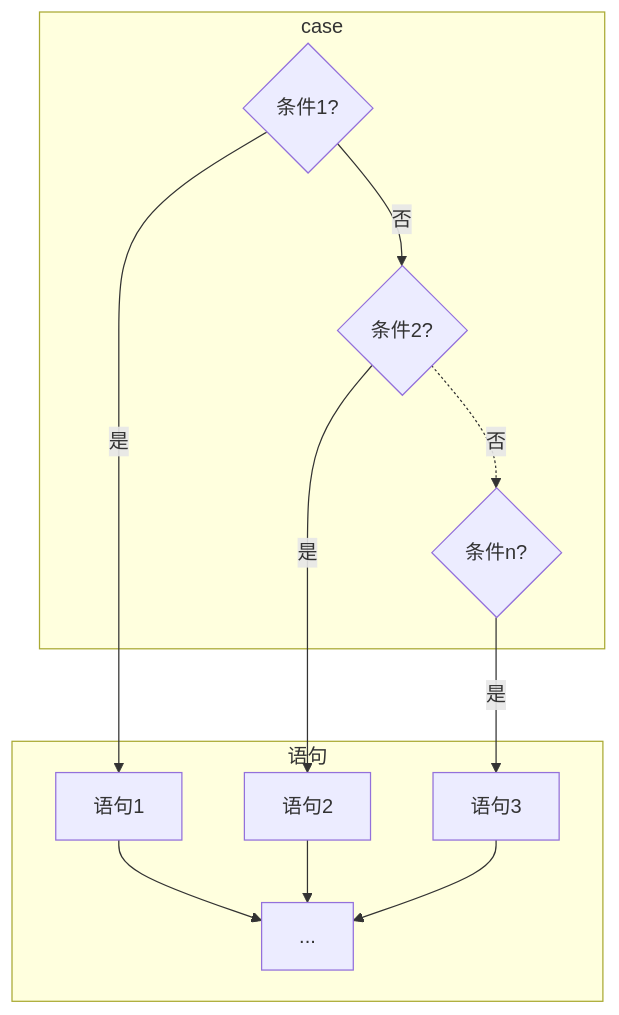
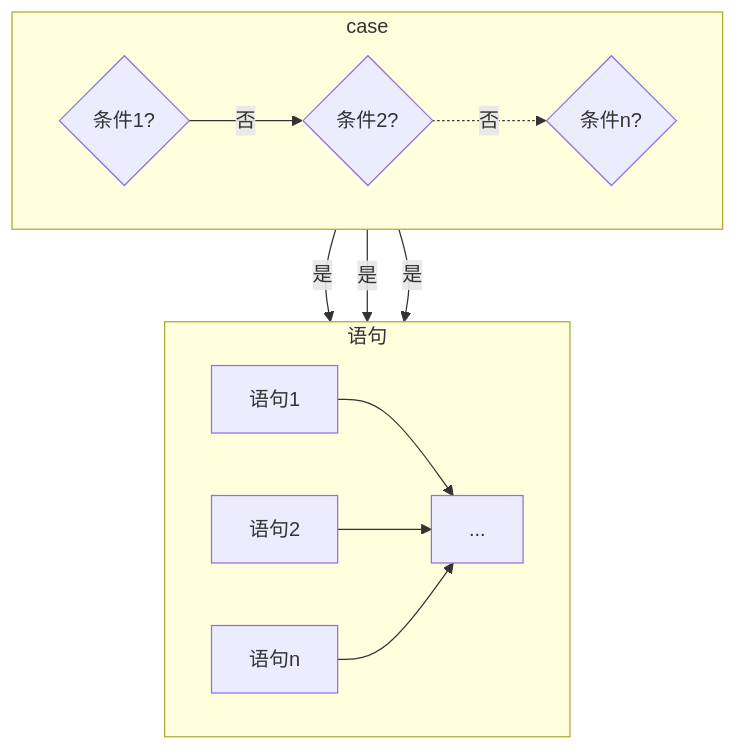
One commit to wholon/wholon.github.io changed the third of 3 diagrams in article/cs/lang/JavaScript/_posts/2022-04-11-JavaScript条件语句.md. Above: the diagram before and after it, drawn with Mermaid.

Commit message:
更新文章

````diff
--- a/article/cs/lang/JavaScript/_posts/2022-04-11-JavaScript条件语句.md
+++ b/article/cs/lang/JavaScript/_posts/2022-04-11-JavaScript条件语句.md
@@ -190,22 +190,25 @@
 ```mermaid
-graph TB;
-	subgraph case;
-	A{条件1?}
-	B{条件2?}
-	C{条件n?}
-	end;
-	subgraph 语句;
-	A1[语句1]
-	B1[语句2]
-    C1[语句3]
-	D[...]
-	end;
-	A--否-->B;
-	B-.否.->C;
-	A--是-->A1;
-	B--是-->B1;
-	C--是-->C1;
-	A1-->D;
-	B1-->D;
-	C1-->D;
+graph TB
+	subgraph case
+		direction LR
+        A{条件1?}
+        B{条件2?}
+        C{条件n?}
+        A--否-->B
+		B-.否.->C
+	end
+	subgraph 语句
+		direction LR
+        A1[语句1]
+        B1[语句2]
+        C1[语句n]
+        D[...]
+	end
+	
+	A--是-->A1
+	B--是-->B1
+	C--是-->C1
+	A1-->D
+	B1-->D
+	C1-->D
 ```
````
